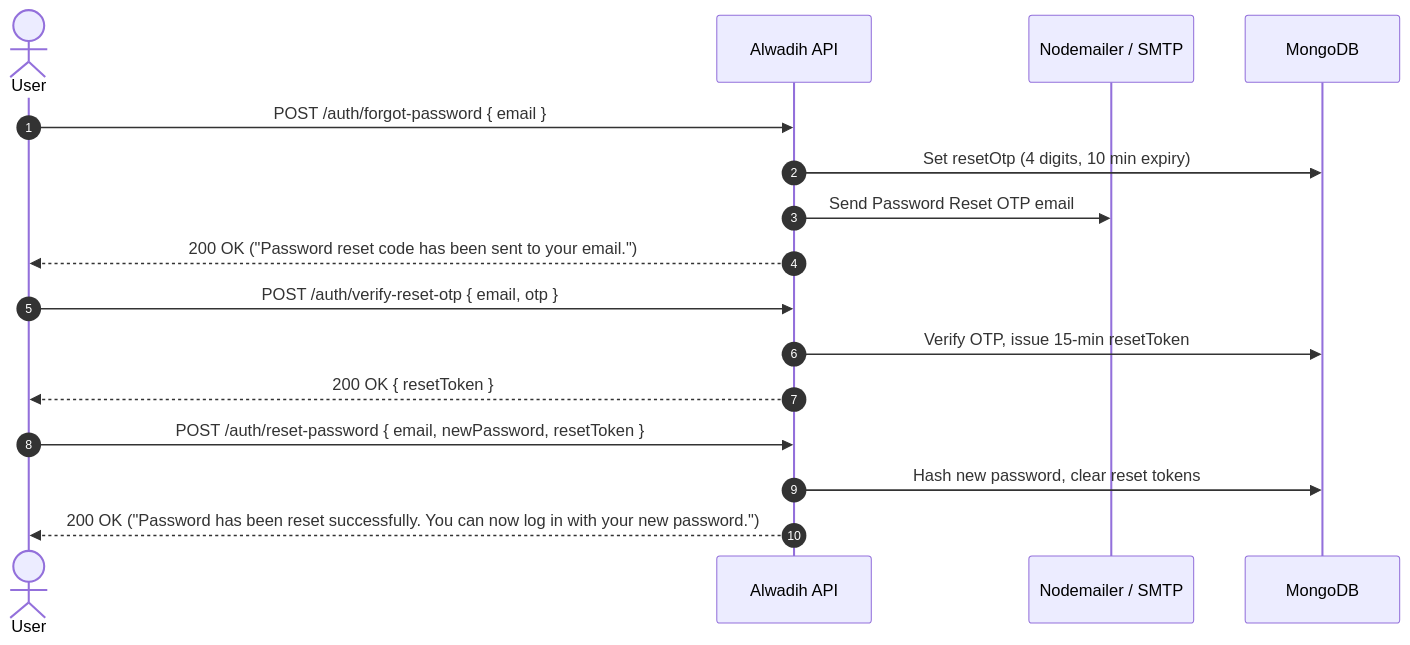
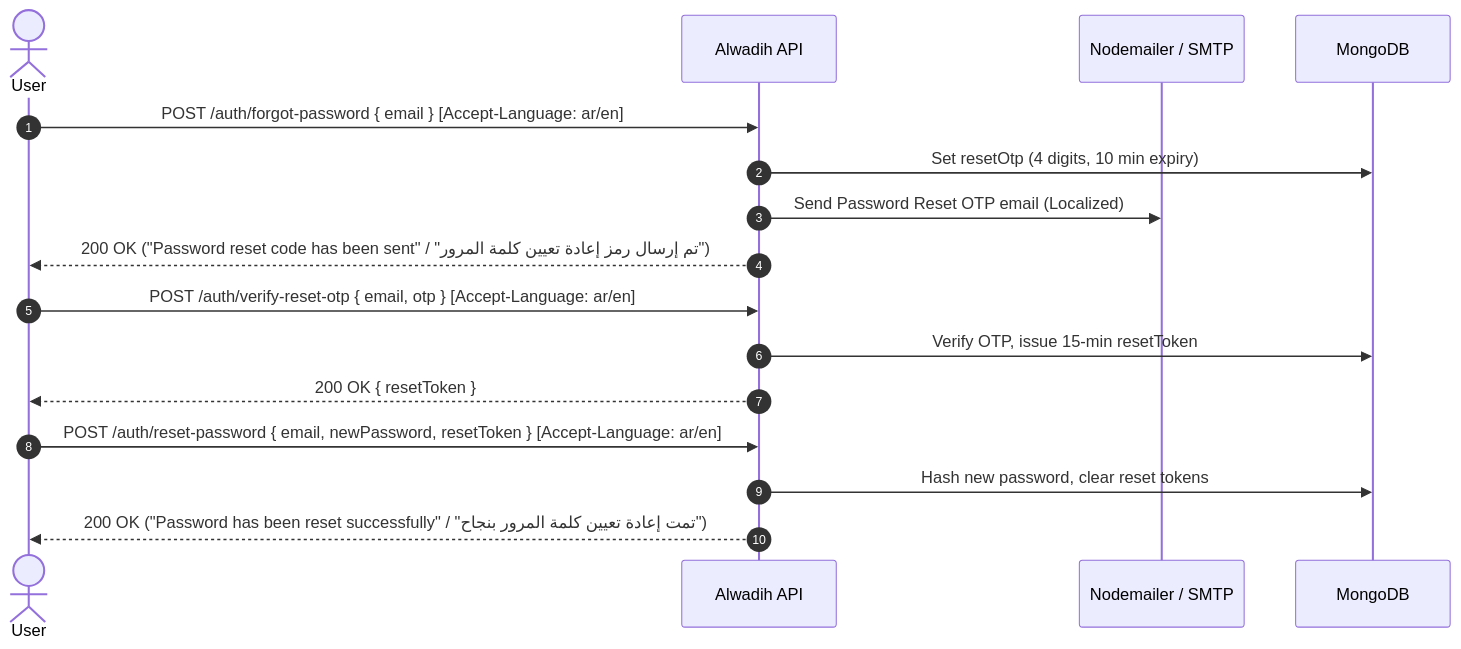
One commit to AliElsese/Alwadih changed the second of 2 diagrams in API_DOCUMENTATION.md. Above: the diagram before and after it, drawn with Mermaid. The commit also changed other lines of this file and 9 other files, not shown here.

Commit message:
feat(i18n): support Arabic and English responses via Accept-Language header across all APIs

````diff
--- a/API_DOCUMENTATION.md
+++ b/API_DOCUMENTATION.md
@@ -226,19 +265,19 @@
 ```mermaid
 sequenceDiagram
     autonumber
     actor User
     participant API as Alwadih API
     participant Mail as Nodemailer / SMTP
     participant DB as MongoDB
 
-    User->>API: POST /auth/forgot-password { email }
+    User->>API: POST /auth/forgot-password { email } [Accept-Language: ar/en]
     API->>DB: Set resetOtp (4 digits, 10 min expiry)
-    API->>Mail: Send Password Reset OTP email
-    API-->>User: 200 OK ("Password reset code has been sent to your email.")
-    User->>API: POST /auth/verify-reset-otp { email, otp }
+    API->>Mail: Send Password Reset OTP email (Localized)
+    API-->>User: 200 OK ("Password reset code has been sent" / "تم إرسال رمز إعادة تعيين كلمة المرور")
+    User->>API: POST /auth/verify-reset-otp { email, otp } [Accept-Language: ar/en]
     API->>DB: Verify OTP, issue 15-min resetToken
     API-->>User: 200 OK { resetToken }
-    User->>API: POST /auth/reset-password { email, newPassword, resetToken }
+    User->>API: POST /auth/reset-password { email, newPassword, resetToken } [Accept-Language: ar/en]
     API->>DB: Hash new password, clear reset tokens
-    API-->>User: 200 OK ("Password has been reset successfully. You can now log in with your new password.")
+    API-->>User: 200 OK ("Password has been reset successfully" / "تمت إعادة تعيين كلمة المرور بنجاح")
 ```
````
